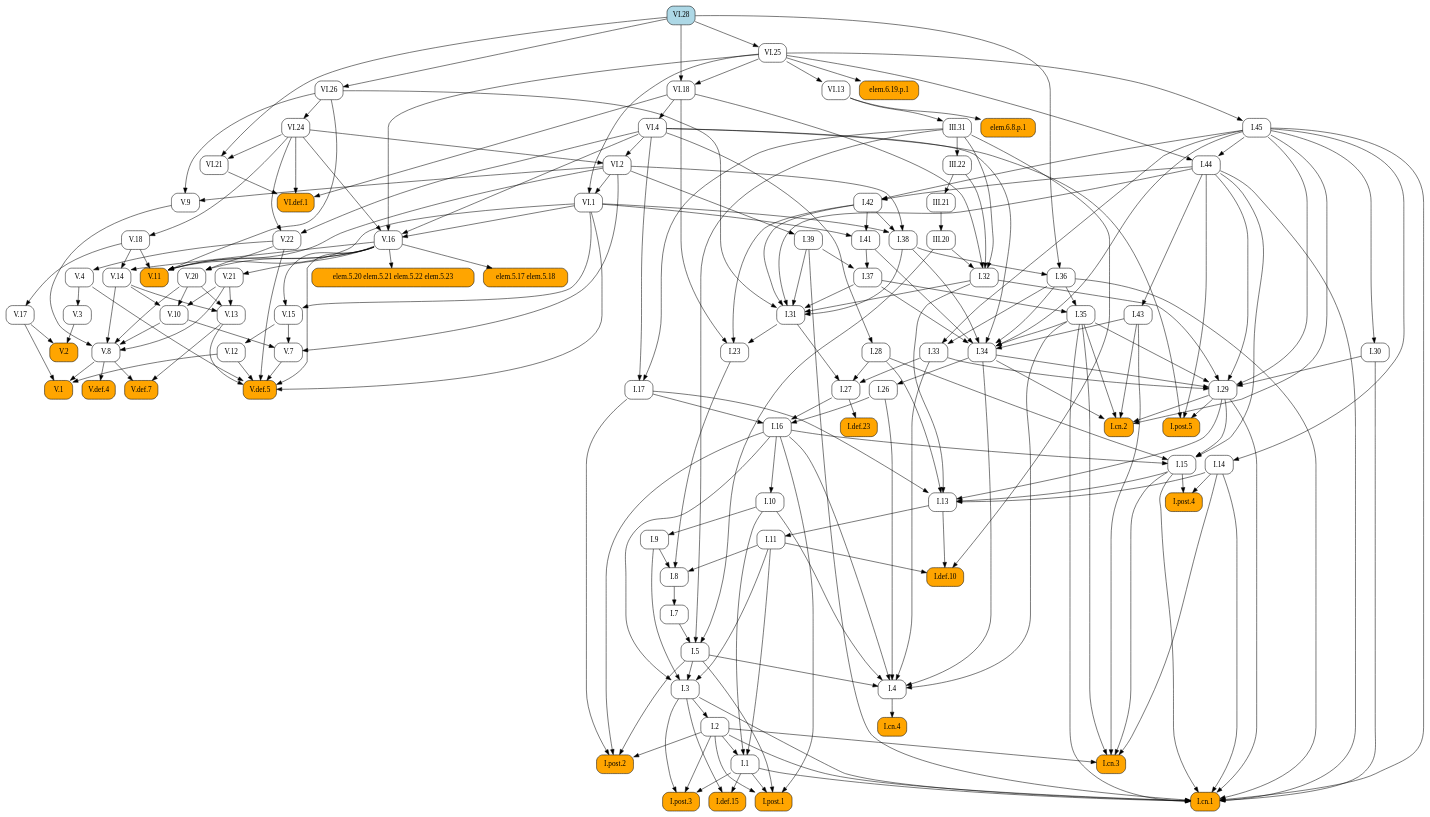
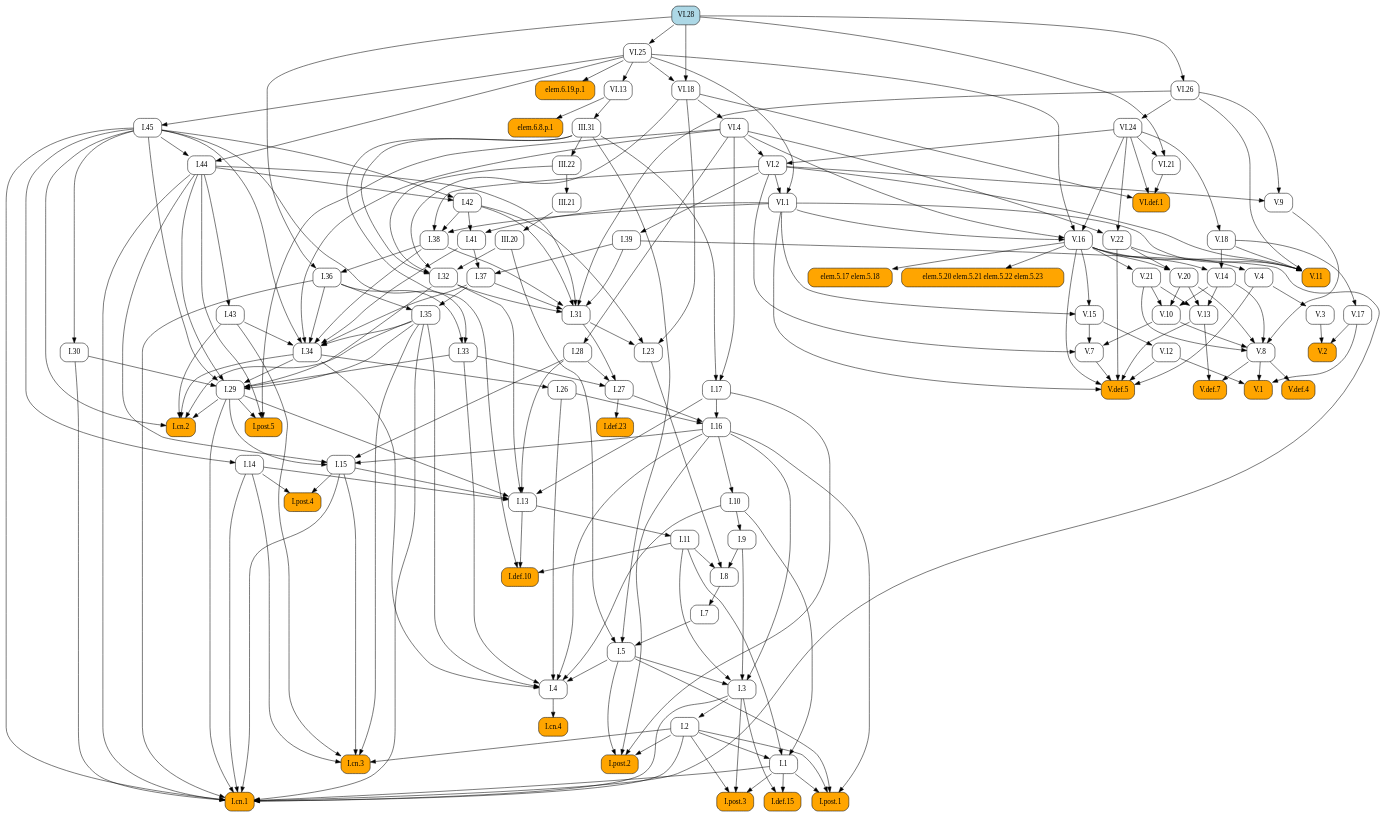
One commit to geometor/elements changed the diagram in docsrc/elements2/VI/28/index.rst. Above: the diagram before and after it, drawn with Graphviz. The commit also changed other lines of this file and 171 other files, not shown here.

```diff
--- a/docsrc/elements2/VI/28/index.rst
+++ b/docsrc/elements2/VI/28/index.rst
@@ -119,192 +119,188 @@
    digraph {
      rankdir="TB";
      node [shape=box, style=rounded];
+     "I.8" [URL="/elements2/I/8/", target="_top"];
+     "V.20" [URL="/elements2/V/20/", target="_top"];
+     "I.36" [URL="/elements2/I/36/", target="_top"];
+     "V.def.5" [style="rounded,filled", fillcolor=orange, URL="/elements2/V/def.5/", target="_top"];
+     "VI.13" [URL="/elements2/VI/13/", target="_top"];
+     "I.38" [URL="/elements2/I/38/", target="_top"];
+     "I.post.5" [style="rounded,filled", fillcolor=orange, URL="/elements2/I/post.5/", target="_top"];
+     "I.def.10" [style="rounded,filled", fillcolor=orange, URL="/elements2/I/def.10/", target="_top"];
+     "I.30" [URL="/elements2/I/30/", target="_top"];
+     "I.cn.2" [style="rounded,filled", fillcolor=orange, URL="/elements2/I/cn.2/", target="_top"];
+     "elem.6.19.p.1" [style="rounded,filled", fillcolor=orange];
+     "III.31" [URL="/elements2/III/31/", target="_top"];
+     "I.31" [URL="/elements2/I/31/", target="_top"];
+     "I.43" [URL="/elements2/I/43/", target="_top"];
+     "I.post.2" [style="rounded,filled", fillcolor=orange, URL="/elements2/I/post.2/", target="_top"];
+     "I.def.23" [style="rounded,filled", fillcolor=orange, URL="/elements2/I/def.23/", target="_top"];
+     "VI.25" [URL="/elements2/VI/25/", target="_top"];
+     "I.26" [URL="/elements2/I/26/", target="_top"];
+     "VI.21" [URL="/elements2/VI/21/", target="_top"];
+     "elem.6.8.p.1" [style="rounded,filled", fillcolor=orange];
+     "V.17" [URL="/elements2/V/17/", target="_top"];
+     "V.3" [URL="/elements2/V/3/", target="_top"];
+     "I.cn.3" [style="rounded,filled", fillcolor=orange, URL="/elements2/I/cn.3/", target="_top"];
+     "III.20" [URL="/elements2/III/20/", target="_top"];
+     "V.2" [style="rounded,filled", fillcolor=orange, URL="/elements2/V/2/", target="_top"];
+     "V.12" [URL="/elements2/V/12/", target="_top"];
+     "V.22" [URL="/elements2/V/22/", target="_top"];
+     "VI.18" [URL="/elements2/VI/18/", target="_top"];
+     "I.35" [URL="/elements2/I/35/", target="_top"];
+     "I.41" [URL="/elements2/I/41/", target="_top"];
+     "I.28" [URL="/elements2/I/28/", target="_top"];
+     "I.27" [URL="/elements2/I/27/", target="_top"];
+     "I.4" [URL="/elements2/I/4/", target="_top"];
+     "I.44" [URL="/elements2/I/44/", target="_top"];
+     "V.8" [URL="/elements2/V/8/", target="_top"];
+     "VI.2" [URL="/elements2/VI/2/", target="_top"];
+     "I.39" [URL="/elements2/I/39/", target="_top"];
+     "I.15" [URL="/elements2/I/15/", target="_top"];
+     "I.34" [URL="/elements2/I/34/", target="_top"];
+     "VI.24" [URL="/elements2/VI/24/", target="_top"];
+     "I.post.3" [style="rounded,filled", fillcolor=orange, URL="/elements2/I/post.3/", target="_top"];
+     "I.32" [URL="/elements2/I/32/", target="_top"];
+     "V.18" [URL="/elements2/V/18/", target="_top"];
+     "V.def.4" [style="rounded,filled", fillcolor=orange, URL="/elements2/V/def.4/", target="_top"];
+     "I.14" [URL="/elements2/I/14/", target="_top"];
+     "I.post.1" [style="rounded,filled", fillcolor=orange, URL="/elements2/I/post.1/", target="_top"];
+     "I.33" [URL="/elements2/I/33/", target="_top"];
+     "I.45" [URL="/elements2/I/45/", target="_top"];
+     "I.5" [URL="/elements2/I/5/", target="_top"];
      "elem.5.17 elem.5.18" [style="rounded,filled", fillcolor=orange];
+     "VI.1" [URL="/elements2/VI/1/", target="_top"];
+     "V.11" [style="rounded,filled", fillcolor=orange, URL="/elements2/V/11/", target="_top"];
+     "V.13" [URL="/elements2/V/13/", target="_top"];
+     "III.22" [URL="/elements2/III/22/", target="_top"];
+     "V.9" [URL="/elements2/V/9/", target="_top"];
+     "V.16" [URL="/elements2/V/16/", target="_top"];
+     "I.def.15" [style="rounded,filled", fillcolor=orange, URL="/elements2/I/def.15/", target="_top"];
+     "V.15" [URL="/elements2/V/15/", target="_top"];
+     "I.11" [URL="/elements2/I/11/", target="_top"];
+     "I.3" [URL="/elements2/I/3/", target="_top"];
+     "V.14" [URL="/elements2/V/14/", target="_top"];
+     "VI.4" [URL="/elements2/VI/4/", target="_top"];
+     "V.10" [URL="/elements2/V/10/", target="_top"];
+     "I.1" [URL="/elements2/I/1/", target="_top"];
+     "I.cn.4" [style="rounded,filled", fillcolor=orange, URL="/elements2/I/cn.4/", target="_top"];
+     "I.23" [URL="/elements2/I/23/", target="_top"];
+     "III.21" [URL="/elements2/III/21/", target="_top"];
+     "I.7" [URL="/elements2/I/7/", target="_top"];
+     "I.17" [URL="/elements2/I/17/", target="_top"];
+     "I.42" [URL="/elements2/I/42/", target="_top"];
+     "I.9" [URL="/elements2/I/9/", target="_top"];
+     "V.1" [style="rounded,filled", fillcolor=orange, URL="/elements2/V/1/", target="_top"];
      "V.7" [URL="/elements2/V/7/", target="_top"];
-     "III.22" [URL="/elements2/III/22/", target="_top"];
-     "I.32" [URL="/elements2/I/32/", target="_top"];
-     "III.31" [URL="/elements2/III/31/", target="_top"];
-     "VI.4" [URL="/elements2/VI/4/", target="_top"];
-     "I.cn.4" [style="rounded,filled", fillcolor=orange, URL="/elements2/I/cn.4/", target="_top"];
-     "I.post.3" [style="rounded,filled", fillcolor=orange, URL="/elements2/I/post.3/", target="_top"];
-     "VI.13" [URL="/elements2/VI/13/", target="_top"];
-     "V.22" [URL="/elements2/V/22/", target="_top"];
-     "VI.26" [URL="/elements2/VI/26/", target="_top"];
-     "V.def.7" [style="rounded,filled", fillcolor=orange, URL="/elements2/V/def.7/", target="_top"];
-     "I.41" [URL="/elements2/I/41/", target="_top"];
-     "I.27" [URL="/elements2/I/27/", target="_top"];
-     "I.post.2" [style="rounded,filled", fillcolor=orange, URL="/elements2/I/post.2/", target="_top"];
-     "I.13" [URL="/elements2/I/13/", target="_top"];
-     "I.10" [URL="/elements2/I/10/", target="_top"];
-     "I.post.1" [style="rounded,filled", fillcolor=orange, URL="/elements2/I/post.1/", target="_top"];
-     "I.7" [URL="/elements2/I/7/", target="_top"];
-     "VI.def.1" [style="rounded,filled", fillcolor=orange, URL="/elements2/VI/def.1/", target="_top"];
-     "I.45" [URL="/elements2/I/45/", target="_top"];
-     "V.13" [URL="/elements2/V/13/", target="_top"];
-     "V.1" [style="rounded,filled", fillcolor=orange, URL="/elements2/V/1/", target="_top"];
-     "V.16" [URL="/elements2/V/16/", target="_top"];
-     "VI.25" [URL="/elements2/VI/25/", target="_top"];
-     "elem.5.20 elem.5.21 elem.5.22 elem.5.23" [style="rounded,filled", fillcolor=orange];
-     "I.9" [URL="/elements2/I/9/", target="_top"];
-     "I.38" [URL="/elements2/I/38/", target="_top"];
-     "I.8" [URL="/elements2/I/8/", target="_top"];
-     "I.23" [URL="/elements2/I/23/", target="_top"];
-     "I.26" [URL="/elements2/I/26/", target="_top"];
-     "III.21" [URL="/elements2/III/21/", target="_top"];
-     "I.15" [URL="/elements2/I/15/", target="_top"];
-     "III.20" [URL="/elements2/III/20/", target="_top"];
-     "V.18" [URL="/elements2/V/18/", target="_top"];
-     "V.4" [URL="/elements2/V/4/", target="_top"];
-     "VI.1" [URL="/elements2/VI/1/", target="_top"];
-     "I.1" [URL="/elements2/I/1/", target="_top"];
-     "I.3" [URL="/elements2/I/3/", target="_top"];
-     "I.cn.3" [style="rounded,filled", fillcolor=orange, URL="/elements2/I/cn.3/", target="_top"];
-     "I.17" [URL="/elements2/I/17/", target="_top"];
-     "I.37" [URL="/elements2/I/37/", target="_top"];
-     "I.def.10" [style="rounded,filled", fillcolor=orange, URL="/elements2/I/def.10/", target="_top"];
-     "I.34" [URL="/elements2/I/34/", target="_top"];
-     "V.def.5" [style="rounded,filled", fillcolor=orange, URL="/elements2/V/def.5/", target="_top"];
-     "I.def.15" [style="rounded,filled", fillcolor=orange, URL="/elements2/I/def.15/", target="_top"];
-     "I.28" [URL="/elements2/I/28/", target="_top"];
-     "VI.28" [style="rounded,filled", fillcolor=lightblue, URL="/elements2/VI/28/", target="_top"];
-     "I.36" [URL="/elements2/I/36/", target="_top"];
-     "VI.24" [URL="/elements2/VI/24/", target="_top"];
-     "V.10" [URL="/elements2/V/10/", target="_top"];
-     "V.17" [URL="/elements2/V/17/", target="_top"];
-     "V.14" [URL="/elements2/V/14/", target="_top"];
-     "elem.6.19.p.1" [style="rounded,filled", fillcolor=orange];
-     "V.15" [URL="/elements2/V/15/", target="_top"];
-     "I.14" [URL="/elements2/I/14/", target="_top"];
-     "I.11" [URL="/elements2/I/11/", target="_top"];
-     "I.4" [URL="/elements2/I/4/", target="_top"];
+     "I.29" [URL="/elements2/I/29/", target="_top"];
      "I.16" [URL="/elements2/I/16/", target="_top"];
      "V.21" [URL="/elements2/V/21/", target="_top"];
-     "I.def.23" [style="rounded,filled", fillcolor=orange, URL="/elements2/I/def.23/", target="_top"];
+     "elem.5.20 elem.5.21 elem.5.22 elem.5.23" [style="rounded,filled", fillcolor=orange];
+     "I.cn.1" [style="rounded,filled", fillcolor=orange, URL="/elements2/I/cn.1/", target="_top"];
+     "I.post.4" [style="rounded,filled", fillcolor=orange, URL="/elements2/I/post.4/", target="_top"];
+     "I.13" [URL="/elements2/I/13/", target="_top"];
+     "VI.28" [style="rounded,filled", fillcolor=lightblue, URL="/elements2/VI/28/", target="_top"];
+     "VI.def.1" [style="rounded,filled", fillcolor=orange, URL="/elements2/VI/def.1/", target="_top"];
      "I.2" [URL="/elements2/I/2/", target="_top"];
-     "I.cn.2" [style="rounded,filled", fillcolor=orange, URL="/elements2/I/cn.2/", target="_top"];
-     "I.post.5" [style="rounded,filled", fillcolor=orange, URL="/elements2/I/post.5/", target="_top"];
-     "VI.2" [URL="/elements2/VI/2/", target="_top"];
-     "V.3" [URL="/elements2/V/3/", target="_top"];
-     "VI.21" [URL="/elements2/VI/21/", target="_top"];
-     "I.42" [URL="/elements2/I/42/", target="_top"];
-     "I.44" [URL="/elements2/I/44/", target="_top"];
-     "I.35" [URL="/elements2/I/35/", target="_top"];
-     "elem.6.8.p.1" [style="rounded,filled", fillcolor=orange];
-     "V.def.4" [style="rounded,filled", fillcolor=orange, URL="/elements2/V/def.4/", target="_top"];
-     "VI.18" [URL="/elements2/VI/18/", target="_top"];
-     "V.11" [style="rounded,filled", fillcolor=orange, URL="/elements2/V/11/", target="_top"];
-     "I.43" [URL="/elements2/I/43/", target="_top"];
-     "V.12" [URL="/elements2/V/12/", target="_top"];
-     "I.33" [URL="/elements2/I/33/", target="_top"];
-     "I.31" [URL="/elements2/I/31/", target="_top"];
-     "V.2" [style="rounded,filled", fillcolor=orange, URL="/elements2/V/2/", target="_top"];
-     "I.30" [URL="/elements2/I/30/", target="_top"];
-     "I.post.4" [style="rounded,filled", fillcolor=orange, URL="/elements2/I/post.4/", target="_top"];
-     "I.39" [URL="/elements2/I/39/", target="_top"];
-     "I.cn.1" [style="rounded,filled", fillcolor=orange, URL="/elements2/I/cn.1/", target="_top"];
-     "V.9" [URL="/elements2/V/9/", target="_top"];
-     "I.29" [URL="/elements2/I/29/", target="_top"];
-     "I.5" [URL="/elements2/I/5/", target="_top"];
-     "V.8" [URL="/elements2/V/8/", target="_top"];
-     "V.20" [URL="/elements2/V/20/", target="_top"];
-     "V.16" -> "elem.5.17 elem.5.18";
-     "V.10" -> "V.7";
-     "V.15" -> "V.7";
-     "VI.2" -> "V.7";
-     "III.31" -> "III.22";
-     "III.20" -> "I.32";
-     "III.22" -> "I.32";
-     "III.31" -> "I.32";
-     "VI.18" -> "I.32";
+     "I.37" [URL="/elements2/I/37/", target="_top"];
+     "I.10" [URL="/elements2/I/10/", target="_top"];
+     "V.def.7" [style="rounded,filled", fillcolor=orange, URL="/elements2/V/def.7/", target="_top"];
+     "VI.26" [URL="/elements2/VI/26/", target="_top"];
+     "V.4" [URL="/elements2/V/4/", target="_top"];
+     "I.9" -> "I.8";
+     "I.11" -> "I.8";
+     "I.23" -> "I.8";
+     "V.16" -> "V.20";
+     "V.22" -> "V.20";
+     "I.38" -> "I.36";
+     "VI.28" -> "I.36";
+     "V.4" -> "V.def.5";
+     "V.7" -> "V.def.5";
+     "V.12" -> "V.def.5";
+     "V.13" -> "V.def.5";
+     "V.16" -> "V.def.5";
+     "V.22" -> "V.def.5";
+     "VI.1" -> "V.def.5";
+     "VI.25" -> "VI.13";
+     "I.42" -> "I.38";
+     "VI.1" -> "I.38";
+     "VI.2" -> "I.38";
+     "I.29" -> "I.post.5";
+     "I.44" -> "I.post.5";
+     "VI.4" -> "I.post.5";
+     "I.11" -> "I.def.10";
+     "I.13" -> "I.def.10";
+     "III.31" -> "I.def.10";
+     "I.45" -> "I.30";
+     "I.29" -> "I.cn.2";
+     "I.34" -> "I.cn.2";
+     "I.35" -> "I.cn.2";
+     "I.43" -> "I.cn.2";
+     "I.45" -> "I.cn.2";
+     "VI.25" -> "elem.6.19.p.1";
      "VI.13" -> "III.31";
-     "VI.18" -> "VI.4";
-     "I.4" -> "I.cn.4";
-     "I.1" -> "I.post.3";
-     "I.2" -> "I.post.3";
-     "I.3" -> "I.post.3";
-     "VI.25" -> "VI.13";
-     "VI.4" -> "V.22";
-     "VI.24" -> "V.22";
-     "VI.28" -> "VI.26";
-     "V.8" -> "V.def.7";
-     "V.13" -> "V.def.7";
-     "I.42" -> "I.41";
-     "VI.1" -> "I.41";
-     "I.28" -> "I.27";
-     "I.31" -> "I.27";
-     "I.33" -> "I.27";
+     "I.32" -> "I.31";
+     "I.37" -> "I.31";
+     "I.38" -> "I.31";
+     "I.39" -> "I.31";
+     "I.42" -> "I.31";
+     "I.44" -> "I.31";
+     "VI.26" -> "I.31";
+     "I.44" -> "I.43";
      "I.2" -> "I.post.2";
      "I.5" -> "I.post.2";
      "I.16" -> "I.post.2";
      "I.17" -> "I.post.2";
-     "I.14" -> "I.13";
-     "I.15" -> "I.13";
-     "I.17" -> "I.13";
-     "I.28" -> "I.13";
-     "I.29" -> "I.13";
-     "I.32" -> "I.13";
-     "I.16" -> "I.10";
-     "I.1" -> "I.post.1";
-     "I.2" -> "I.post.1";
-     "I.5" -> "I.post.1";
-     "I.16" -> "I.post.1";
-     "I.8" -> "I.7";
-     "VI.18" -> "VI.def.1";
-     "VI.21" -> "VI.def.1";
-     "VI.24" -> "VI.def.1";
-     "VI.25" -> "I.45";
-     "V.14" -> "V.13";
-     "V.20" -> "V.13";
-     "V.21" -> "V.13";
-     "V.8" -> "V.1";
-     "V.12" -> "V.1";
-     "V.17" -> "V.1";
-     "VI.1" -> "V.16";
-     "VI.4" -> "V.16";
-     "VI.24" -> "V.16";
-     "VI.25" -> "V.16";
+     "I.27" -> "I.def.23";
      "VI.28" -> "VI.25";
-     "V.16" -> "elem.5.20 elem.5.21 elem.5.22 elem.5.23";
-     "I.10" -> "I.9";
-     "I.42" -> "I.38";
-     "VI.1" -> "I.38";
-     "VI.2" -> "I.38";
-     "I.9" -> "I.8";
-     "I.11" -> "I.8";
-     "I.23" -> "I.8";
-     "I.31" -> "I.23";
-     "I.42" -> "I.23";
-     "VI.18" -> "I.23";
      "I.34" -> "I.26";
-     "III.22" -> "III.21";
-     "I.16" -> "I.15";
-     "I.28" -> "I.15";
-     "I.29" -> "I.15";
-     "I.44" -> "I.15";
-     "III.21" -> "III.20";
-     "VI.24" -> "V.18";
-     "V.22" -> "V.4";
-     "VI.2" -> "VI.1";
-     "VI.25" -> "VI.1";
-     "I.2" -> "I.1";
-     "I.10" -> "I.1";
-     "I.11" -> "I.1";
-     "I.5" -> "I.3";
-     "I.9" -> "I.3";
-     "I.11" -> "I.3";
-     "I.16" -> "I.3";
+     "VI.24" -> "VI.21";
+     "VI.28" -> "VI.21";
+     "VI.13" -> "elem.6.8.p.1";
+     "V.18" -> "V.17";
+     "V.4" -> "V.3";
      "I.2" -> "I.cn.3";
      "I.14" -> "I.cn.3";
      "I.15" -> "I.cn.3";
      "I.35" -> "I.cn.3";
      "I.43" -> "I.cn.3";
-     "III.31" -> "I.17";
-     "VI.4" -> "I.17";
-     "I.39" -> "I.37";
-     "I.41" -> "I.37";
-     "I.11" -> "I.def.10";
-     "I.13" -> "I.def.10";
-     "III.31" -> "I.def.10";
+     "III.21" -> "III.20";
+     "V.3" -> "V.2";
+     "V.17" -> "V.2";
+     "V.15" -> "V.12";
+     "VI.4" -> "V.22";
+     "VI.24" -> "V.22";
+     "VI.25" -> "VI.18";
+     "VI.28" -> "VI.18";
+     "I.36" -> "I.35";
+     "I.37" -> "I.35";
+     "I.42" -> "I.41";
+     "VI.1" -> "I.41";
+     "VI.4" -> "I.28";
+     "I.28" -> "I.27";
+     "I.31" -> "I.27";
+     "I.33" -> "I.27";
+     "I.5" -> "I.4";
+     "I.10" -> "I.4";
+     "I.16" -> "I.4";
+     "I.26" -> "I.4";
+     "I.33" -> "I.4";
+     "I.34" -> "I.4";
+     "I.35" -> "I.4";
+     "I.45" -> "I.44";
+     "VI.25" -> "I.44";
+     "V.9" -> "V.8";
+     "V.10" -> "V.8";
+     "V.14" -> "V.8";
+     "V.20" -> "V.8";
+     "V.21" -> "V.8";
+     "VI.4" -> "VI.2";
+     "VI.24" -> "VI.2";
+     "VI.2" -> "I.39";
+     "I.16" -> "I.15";
+     "I.28" -> "I.15";
+     "I.29" -> "I.15";
+     "I.44" -> "I.15";
      "I.35" -> "I.34";
      "I.36" -> "I.34";
      "I.37" -> "I.34";
@@ -313,88 +309,92 @@
      "I.43" -> "I.34";
      "I.45" -> "I.34";
      "VI.4" -> "I.34";
-     "V.4" -> "V.def.5";
-     "V.7" -> "V.def.5";
-     "V.12" -> "V.def.5";
-     "V.13" -> "V.def.5";
-     "V.16" -> "V.def.5";
-     "V.22" -> "V.def.5";
-     "VI.1" -> "V.def.5";
-     "I.1" -> "I.def.15";
-     "I.3" -> "I.def.15";
-     "VI.4" -> "I.28";
-     "I.38" -> "I.36";
-     "VI.28" -> "I.36";
      "VI.26" -> "VI.24";
-     "V.14" -> "V.10";
-     "V.20" -> "V.10";
-     "V.21" -> "V.10";
-     "V.18" -> "V.17";
-     "V.16" -> "V.14";
-     "V.18" -> "V.14";
-     "VI.25" -> "elem.6.19.p.1";
-     "V.16" -> "V.15";
-     "VI.1" -> "V.15";
+     "I.1" -> "I.post.3";
+     "I.2" -> "I.post.3";
+     "I.3" -> "I.post.3";
+     "III.20" -> "I.32";
+     "III.22" -> "I.32";
+     "III.31" -> "I.32";
+     "VI.18" -> "I.32";
+     "VI.24" -> "V.18";
+     "V.8" -> "V.def.4";
      "I.45" -> "I.14";
-     "I.13" -> "I.11";
-     "I.5" -> "I.4";
-     "I.10" -> "I.4";
-     "I.16" -> "I.4";
-     "I.26" -> "I.4";
-     "I.33" -> "I.4";
-     "I.34" -> "I.4";
-     "I.35" -> "I.4";
-     "I.17" -> "I.16";
-     "I.26" -> "I.16";
-     "I.27" -> "I.16";
-     "V.16" -> "V.21";
-     "I.27" -> "I.def.23";
-     "I.3" -> "I.2";
-     "I.29" -> "I.cn.2";
-     "I.34" -> "I.cn.2";
-     "I.35" -> "I.cn.2";
-     "I.43" -> "I.cn.2";
-     "I.45" -> "I.cn.2";
-     "I.29" -> "I.post.5";
-     "I.44" -> "I.post.5";
-     "VI.4" -> "I.post.5";
-     "VI.4" -> "VI.2";
-     "VI.24" -> "VI.2";
-     "V.4" -> "V.3";
-     "VI.24" -> "VI.21";
-     "VI.28" -> "VI.21";
-     "I.44" -> "I.42";
-     "I.45" -> "I.42";
-     "I.45" -> "I.44";
-     "VI.25" -> "I.44";
-     "I.36" -> "I.35";
-     "I.37" -> "I.35";
-     "VI.13" -> "elem.6.8.p.1";
-     "V.8" -> "V.def.4";
-     "VI.25" -> "VI.18";
-     "VI.28" -> "VI.18";
+     "I.1" -> "I.post.1";
+     "I.2" -> "I.post.1";
+     "I.5" -> "I.post.1";
+     "I.16" -> "I.post.1";
+     "I.36" -> "I.33";
+     "I.45" -> "I.33";
+     "VI.25" -> "I.45";
+     "I.7" -> "I.5";
+     "III.20" -> "I.5";
+     "III.31" -> "I.5";
+     "V.16" -> "elem.5.17 elem.5.18";
+     "VI.2" -> "VI.1";
+     "VI.25" -> "VI.1";
      "V.16" -> "V.11";
      "V.18" -> "V.11";
      "VI.1" -> "V.11";
      "VI.2" -> "V.11";
      "VI.26" -> "V.11";
-     "I.44" -> "I.43";
-     "V.15" -> "V.12";
-     "I.36" -> "I.33";
-     "I.45" -> "I.33";
-     "I.32" -> "I.31";
-     "I.37" -> "I.31";
-     "I.38" -> "I.31";
-     "I.39" -> "I.31";
-     "I.42" -> "I.31";
-     "I.44" -> "I.31";
-     "VI.26" -> "I.31";
-     "V.3" -> "V.2";
-     "V.17" -> "V.2";
-     "I.45" -> "I.30";
-     "I.14" -> "I.post.4";
-     "I.15" -> "I.post.4";
-     "VI.2" -> "I.39";
+     "V.14" -> "V.13";
+     "V.20" -> "V.13";
+     "V.21" -> "V.13";
+     "III.31" -> "III.22";
+     "VI.2" -> "V.9";
+     "VI.26" -> "V.9";
+     "VI.1" -> "V.16";
+     "VI.4" -> "V.16";
+     "VI.24" -> "V.16";
+     "VI.25" -> "V.16";
+     "I.1" -> "I.def.15";
+     "I.3" -> "I.def.15";
+     "V.16" -> "V.15";
+     "VI.1" -> "V.15";
+     "I.13" -> "I.11";
+     "I.5" -> "I.3";
+     "I.9" -> "I.3";
+     "I.11" -> "I.3";
+     "I.16" -> "I.3";
+     "V.16" -> "V.14";
+     "V.18" -> "V.14";
+     "VI.18" -> "VI.4";
+     "V.14" -> "V.10";
+     "V.20" -> "V.10";
+     "V.21" -> "V.10";
+     "I.2" -> "I.1";
+     "I.10" -> "I.1";
+     "I.11" -> "I.1";
+     "I.4" -> "I.cn.4";
+     "I.31" -> "I.23";
+     "I.42" -> "I.23";
+     "VI.18" -> "I.23";
+     "III.22" -> "III.21";
+     "I.8" -> "I.7";
+     "III.31" -> "I.17";
+     "VI.4" -> "I.17";
+     "I.44" -> "I.42";
+     "I.45" -> "I.42";
+     "I.10" -> "I.9";
+     "V.8" -> "V.1";
+     "V.12" -> "V.1";
+     "V.17" -> "V.1";
+     "V.10" -> "V.7";
+     "V.15" -> "V.7";
+     "VI.2" -> "V.7";
+     "I.30" -> "I.29";
+     "I.32" -> "I.29";
+     "I.33" -> "I.29";
+     "I.34" -> "I.29";
+     "I.35" -> "I.29";
+     "I.44" -> "I.29";
+     "I.45" -> "I.29";
+     "I.17" -> "I.16";
+     "I.26" -> "I.16";
+     "I.27" -> "I.16";
+     "V.16" -> "V.21";
+     "V.16" -> "elem.5.20 elem.5.21 elem.5.22 elem.5.23";
      "I.1" -> "I.cn.1";
      "I.2" -> "I.cn.1";
      "I.3" -> "I.cn.1";
@@ -407,23 +407,23 @@
      "I.39" -> "I.cn.1";
      "I.44" -> "I.cn.1";
      "I.45" -> "I.cn.1";
-     "VI.2" -> "V.9";
-     "VI.26" -> "V.9";
-     "I.30" -> "I.29";
-     "I.32" -> "I.29";
-     "I.33" -> "I.29";
-     "I.34" -> "I.29";
-     "I.35" -> "I.29";
-     "I.44" -> "I.29";
-     "I.45" -> "I.29";
-     "I.7" -> "I.5";
-     "III.20" -> "I.5";
-     "III.31" -> "I.5";
-     "V.9" -> "V.8";
-     "V.10" -> "V.8";
-     "V.14" -> "V.8";
-     "V.20" -> "V.8";
-     "V.21" -> "V.8";
-     "V.16" -> "V.20";
-     "V.22" -> "V.20";
+     "I.14" -> "I.post.4";
+     "I.15" -> "I.post.4";
+     "I.14" -> "I.13";
+     "I.15" -> "I.13";
+     "I.17" -> "I.13";
+     "I.28" -> "I.13";
+     "I.29" -> "I.13";
+     "I.32" -> "I.13";
+     "VI.18" -> "VI.def.1";
+     "VI.21" -> "VI.def.1";
+     "VI.24" -> "VI.def.1";
+     "I.3" -> "I.2";
+     "I.39" -> "I.37";
+     "I.41" -> "I.37";
+     "I.16" -> "I.10";
+     "V.8" -> "V.def.7";
+     "V.13" -> "V.def.7";
+     "VI.28" -> "VI.26";
+     "V.22" -> "V.4";
    }
```
